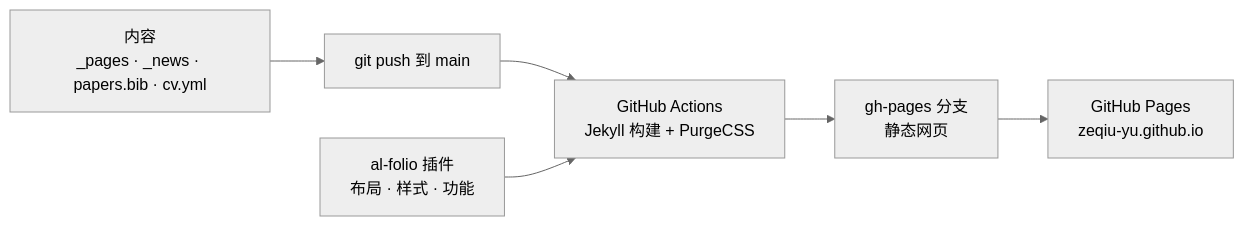
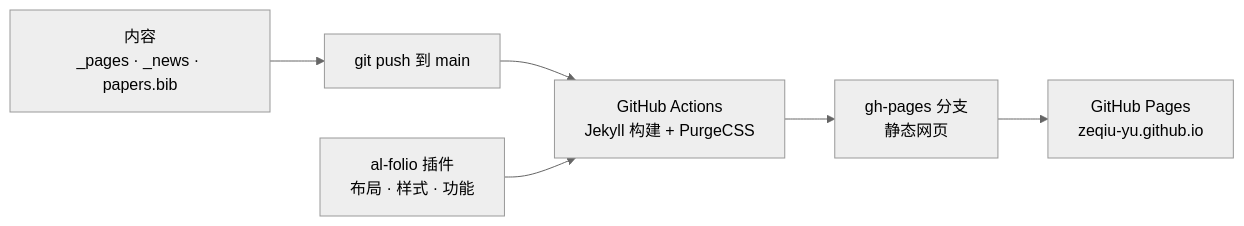
Before and after one commit to Zeqiu-Yu/Zeqiu-Yu.github.io: the diagram in README_zh-CN.md, drawn with Mermaid (neutral theme). The commit also changed other lines of this file and 2 other files, not shown here.

````diff
--- a/README_zh-CN.md
+++ b/README_zh-CN.md
@@ -64,8 +62,8 @@
 ```mermaid
 flowchart LR
-    A["内容<br/>_pages · _news · papers.bib · cv.yml"] --> B["git push 到 main"]
+    A["内容<br/>_pages · _news · papers.bib"] --> B["git push 到 main"]
     B --> C["GitHub Actions<br/>Jekyll 构建 + PurgeCSS"]
     G["al-folio 插件<br/>布局 · 样式 · 功能"] --> C
     C --> D["gh-pages 分支<br/>静态网页"]
     D --> E["GitHub Pages<br/>zeqiu-yu.github.io"]
 ```
````
